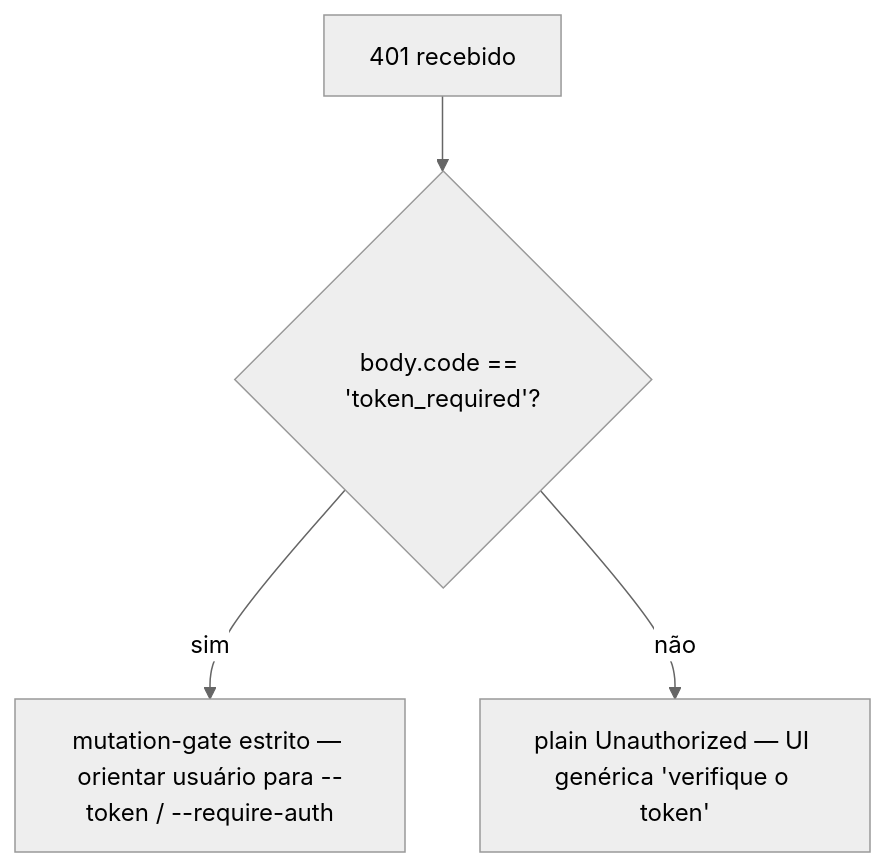
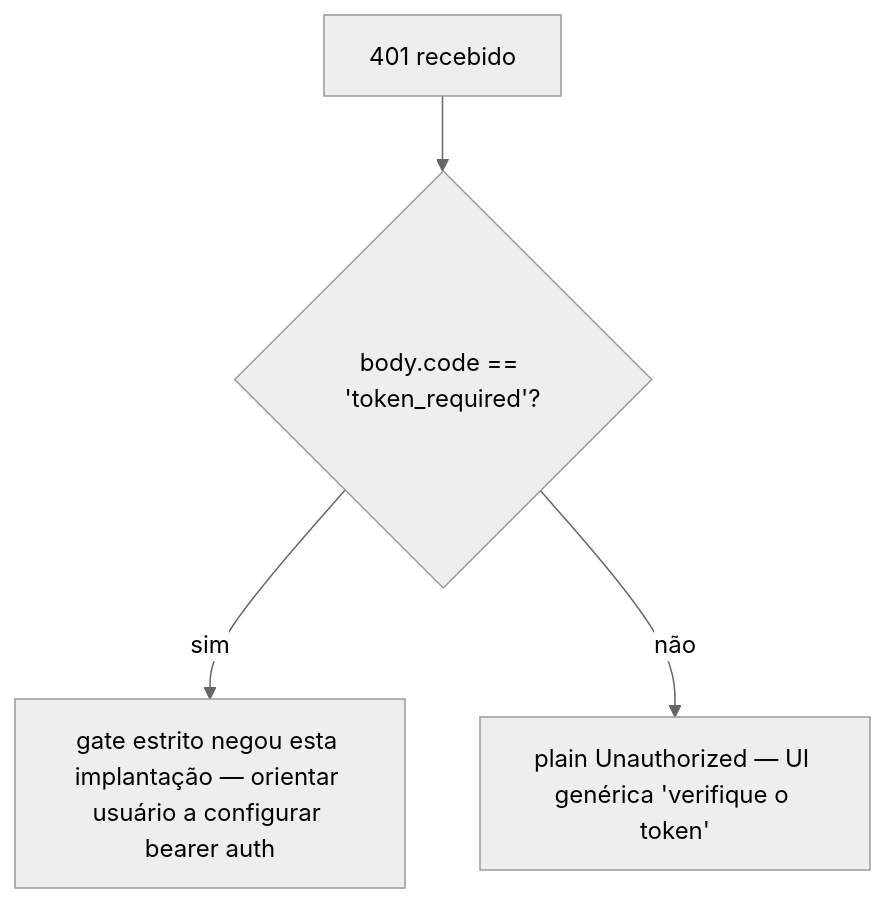
Before and after one commit to QwenLM/qwen-code-docs: the second of 2 diagrams in website/content/pt-BR/developers/daemon/18-error-taxonomy.md, drawn with Mermaid (neutral theme). The commit also changed other lines of this file and 267 other files, not shown here.

````diff
--- a/website/content/pt-BR/developers/daemon/18-error-taxonomy.md
+++ b/website/content/pt-BR/developers/daemon/18-error-taxonomy.md
@@ -139,6 +139,6 @@
 ```mermaid
 flowchart TD
     A["401 recebido"] --> B{"body.code == 'token_required'?"}
-    B -->|sim| C["mutation-gate estrito — orientar usuário para --token / --require-auth"]
+    B -->|sim| C["gate estrito negou esta implantação — orientar usuário a configurar bearer auth"]
     B -->|não| D["plain Unauthorized — UI genérica 'verifique o token'"]
 ```
````
